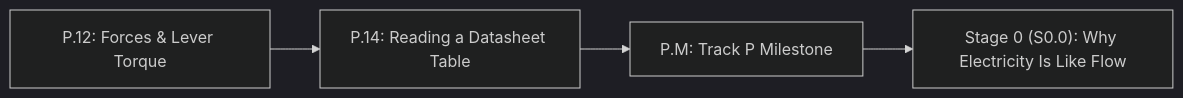
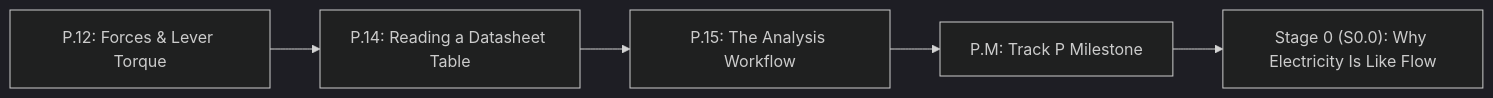
The diagram in track-p/P.M-track-p-milestone.md (TLE47/Mechatronics-Roadmap), drawn with Mermaid (dark theme) before and after one commit. The commit also changed other lines of this file and 73 other files, not shown here.

````diff
--- a/track-p/P.M-track-p-milestone.md
+++ b/track-p/P.M-track-p-milestone.md
@@ -31,6 +31,7 @@
 ```mermaid
 flowchart LR
     P12["P.12: Forces & Lever Torque"] --> P14["P.14: Reading a Datasheet Table"]
-    P14 --> PM["P.M: Track P Milestone"]
+    P14 --> P15["P.15: The Analysis Workflow"]
+    P15 --> PM["P.M: Track P Milestone"]
     PM --> S00["Stage 0 (S0.0): Why Electricity Is Like Flow"]
 ```
````
